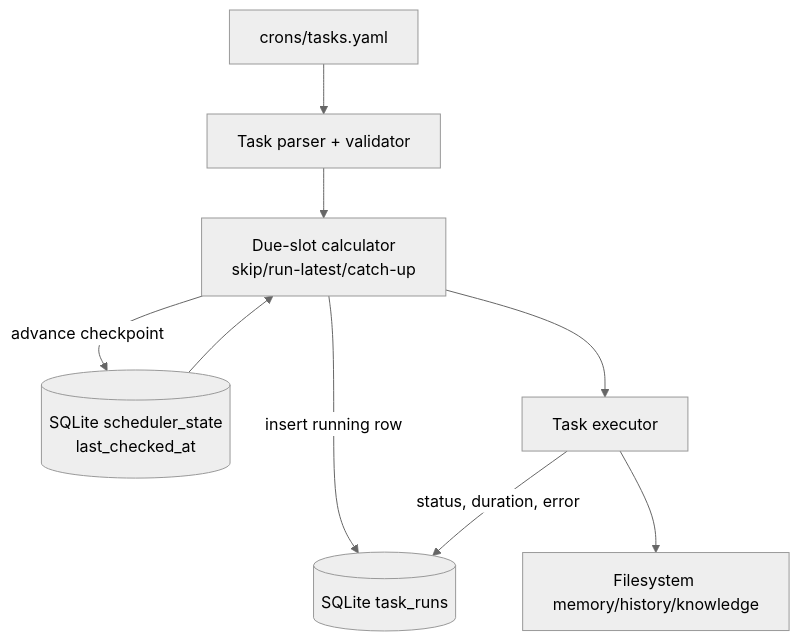
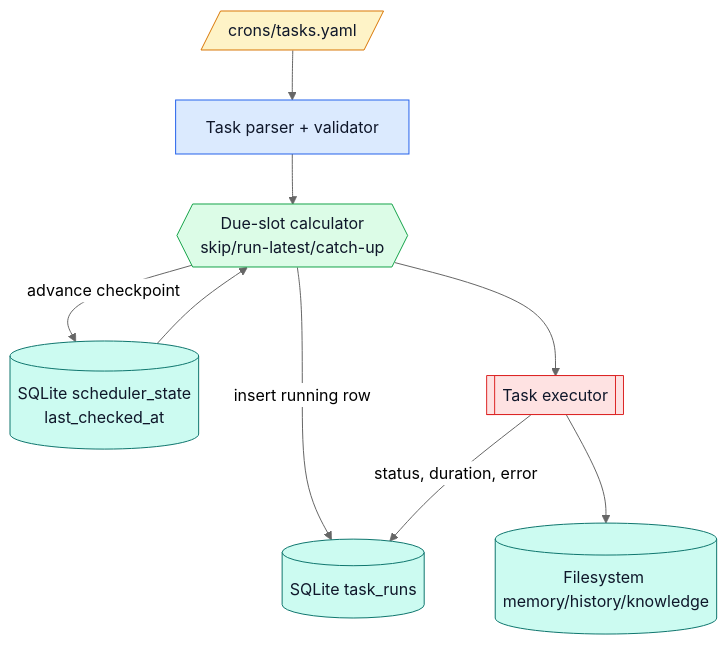
The third of 4 diagrams in examples/agentscheduler.md (vii33/CodebaseExlorer), drawn with Mermaid (neutral theme) before and after one commit. The commit also changed other lines of this file and 10 other files, not shown here.

````diff
--- a/examples/agentscheduler.md
+++ b/examples/agentscheduler.md
@@ -55,19 +83,31 @@
 ```mermaid
 flowchart TB
-  yaml[crons/tasks.yaml]
+  yaml[/crons/tasks.yaml/]
   parser[Task parser + validator]
   state[(SQLite scheduler_state<br/>last_checked_at)]
-  due[Due-slot calculator<br/>skip/run-latest/catch-up]
+  due{{Due-slot calculator<br/>skip/run-latest/catch-up}}
   runs[(SQLite task_runs)]
-  exec[Task executor]
-  outputs[Filesystem memory/history/knowledge]
+  exec[[Task executor]]
+  outputs[(Filesystem memory/history/knowledge)]
 
   yaml --> parser
   parser --> due
   state --> due
   due -->|insert running row| runs
   due --> exec
   exec -->|status, duration, error| runs
   exec --> outputs
   due -->|advance checkpoint| state
+
+  classDef config fill:#fef3c7,stroke:#d97706,color:#0f172a
+  classDef logic fill:#dbeafe,stroke:#2563eb,color:#0f172a
+  classDef decision fill:#dcfce7,stroke:#16a34a,color:#0f172a
+  classDef execution fill:#fee2e2,stroke:#dc2626,color:#0f172a
+  classDef storage fill:#ccfbf1,stroke:#0f766e,color:#0f172a
+
+  class yaml config
+  class parser logic
+  class due decision
+  class exec execution
+  class state,runs,outputs storage
 ```
````
